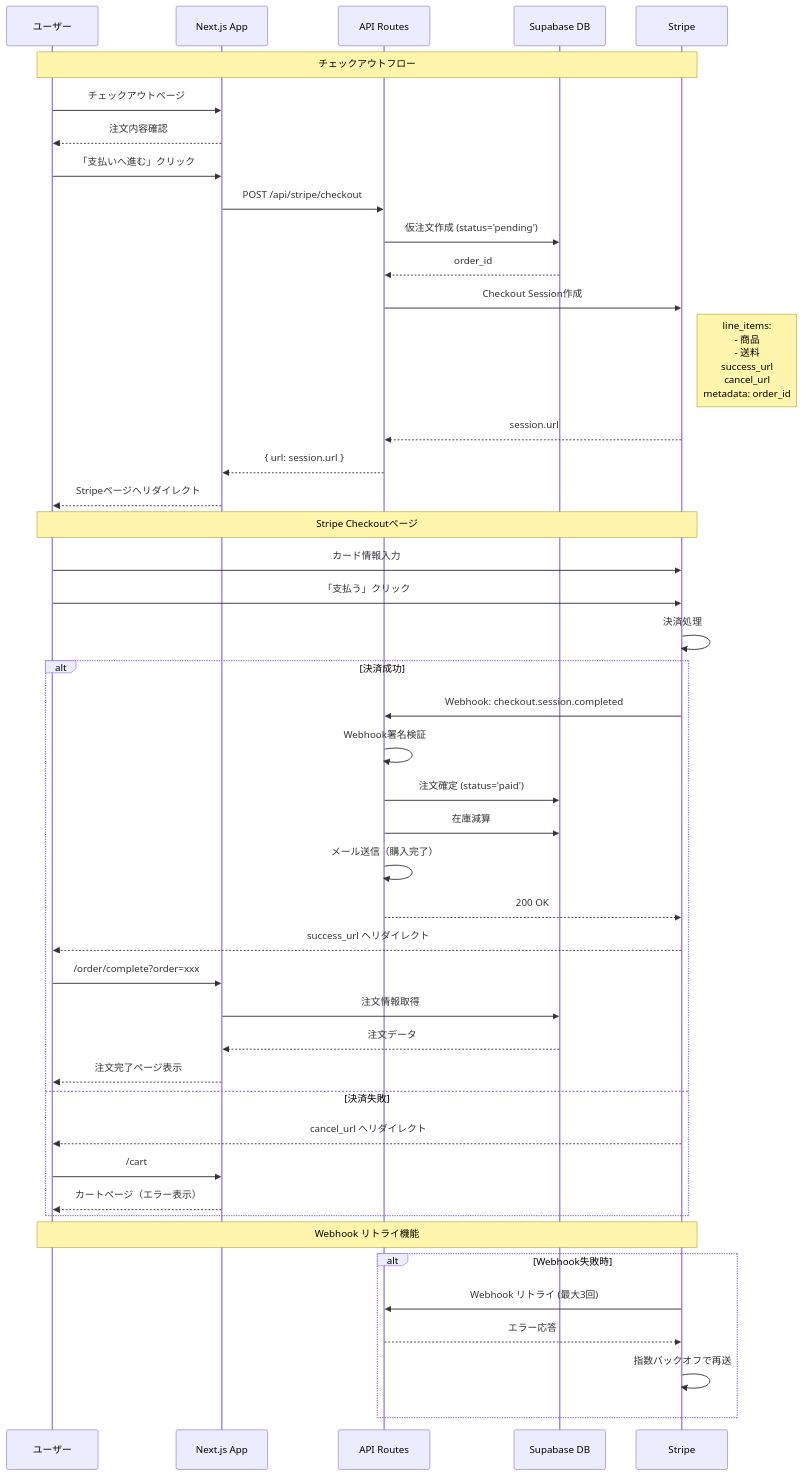
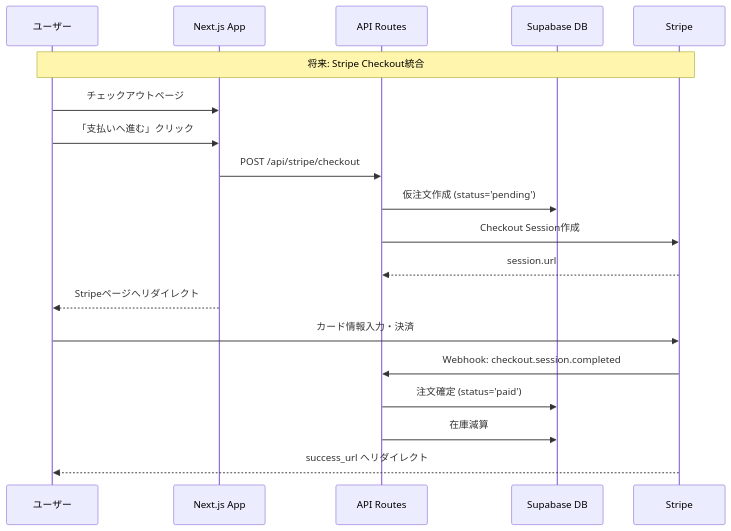
Before and after one commit to yasu-dev/tts-v1: diagram 14 of 16 in docs/architecture-diagrams.md, drawn with Mermaid. The commit also changed other lines of this file and 31 other files, not shown here.

````diff
--- a/docs/architecture-diagrams.md
+++ b/docs/architecture-diagrams.md
@@ -580,58 +624,25 @@
 ```mermaid
 sequenceDiagram
     participant U as ユーザー
     participant APP as Next.js App
     participant API as API Routes
     participant DB as Supabase DB
     participant STRIPE as Stripe
 
-    Note over U,STRIPE: チェックアウトフロー
+    Note over U,STRIPE: 将来: Stripe Checkout統合
 
     U->>APP: チェックアウトページ
-    APP-->>U: 注文内容確認
     U->>APP: 「支払いへ進む」クリック
 
     APP->>API: POST /api/stripe/checkout
     API->>DB: 仮注文作成 (status='pending')
-    DB-->>API: order_id
-
     API->>STRIPE: Checkout Session作成
-    Note right of STRIPE: line_items:<br/>- 商品<br/>- 送料<br/>success_url<br/>cancel_url<br/>metadata: order_id
     STRIPE-->>API: session.url
-
-    API-->>APP: { url: session.url }
     APP-->>U: Stripeページへリダイレクト
 
-    Note over U,STRIPE: Stripe Checkoutページ
-
-    U->>STRIPE: カード情報入力
-    U->>STRIPE: 「支払う」クリック
-    STRIPE->>STRIPE: 決済処理
-
-    alt 決済成功
-        STRIPE->>API: Webhook: checkout.session.completed
-        API->>API: Webhook署名検証
-        API->>DB: 注文確定 (status='paid')
-        API->>DB: 在庫減算
-        API->>API: メール送信（購入完了）
-        API-->>STRIPE: 200 OK
-
-        STRIPE-->>U: success_url へリダイレクト
-        U->>APP: /order/complete?order=xxx
-        APP->>DB: 注文情報取得
-        DB-->>APP: 注文データ
-        APP-->>U: 注文完了ページ表示
-    else 決済失敗
-        STRIPE-->>U: cancel_url へリダイレクト
-        U->>APP: /cart
-        APP-->>U: カートページ（エラー表示）
-    end
-
-    Note over U,STRIPE: Webhook リトライ機能
-
-    alt Webhook失敗時
-        STRIPE->>API: Webhook リトライ (最大3回)
-        API-->>STRIPE: エラー応答
-        STRIPE->>STRIPE: 指数バックオフで再送
-    end
+    U->>STRIPE: カード情報入力・決済
+    STRIPE->>API: Webhook: checkout.session.completed
+    API->>DB: 注文確定 (status='paid')
+    API->>DB: 在庫減算
+    STRIPE-->>U: success_url へリダイレクト
 ```
````
